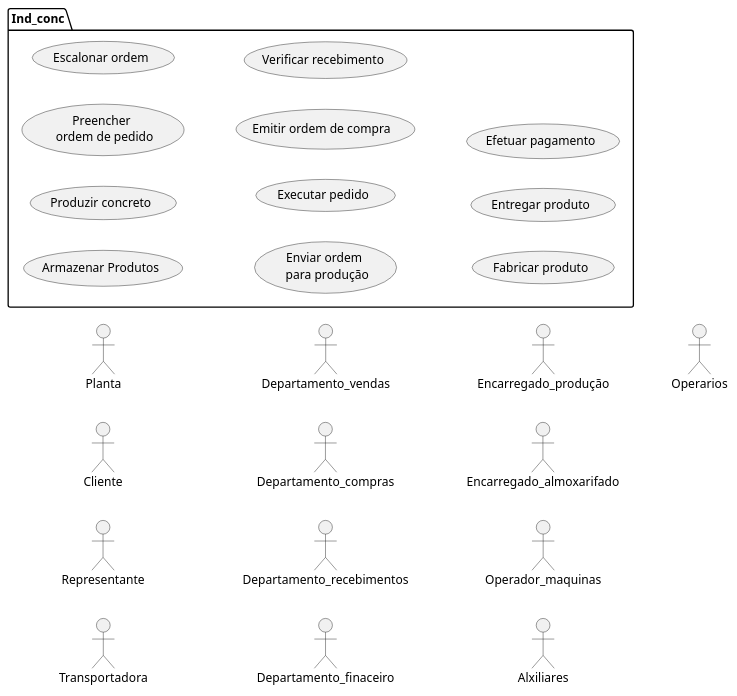
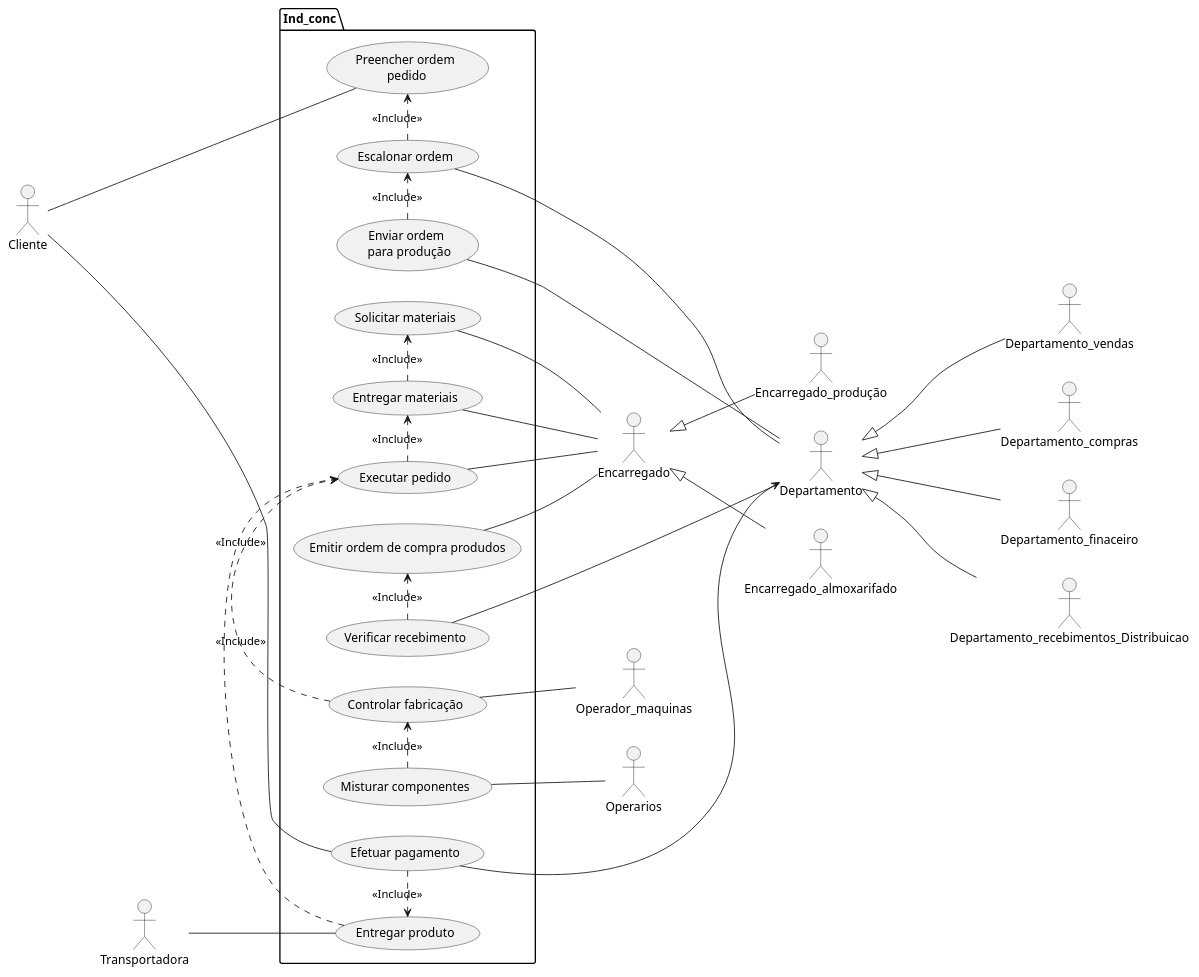
Before and after one commit to willianBinda/engenharia-2: the diagram in projIndConc/src/casos_uso/index.puml, drawn with PlantUML. The commit also changed 1 other file, not shown here.

```diff
--- a/projIndConc/src/casos_uso/index.puml
+++ b/projIndConc/src/casos_uso/index.puml
@@ -1,46 +1,64 @@
 @startuml Inc_conc
 left to right direction
-actor Planta as pl
+
 actor Cliente as Cl
-actor Representante as Re
-actor Transportadora as Tr
+
 actor Departamento_vendas as DpV
 actor Departamento_compras as DpC
-actor Departamento_recebimentos as DpR
 actor Departamento_finaceiro as DpF
+actor Departamento_recebimentos_Distribuicao as DpR 
+' departamento ou setor ?
 actor Encarregado_produção as EnP
 actor Encarregado_almoxarifado as EnA
+
 actor Operador_maquinas as OpM
-actor Alxiliares as Alx
 actor Operarios as Op
+actor Transportadora as Tr
 
 package Ind_conc{
-  usecase "Armazenar Produtos" as UC1
-  usecase "Produzir concreto" as UC2
-  usecase "Preencher \n ordem de pedido" as UC3
-  usecase "Escalonar ordem" as UC4
-  usecase "Enviar ordem \n para produção" as UC5
+  usecase "Preencher ordem\n pedido" as UC1
+  usecase "Escalonar ordem" as UC2
+  usecase "Enviar ordem \n para produção" as UC3
+  usecase "Solicitar materiais" as UC4
+  usecase "Entregar materiais" as UC5
   usecase "Executar pedido" as UC6
-  usecase "Emitir ordem de compra " as UC7
-  usecase "Verificar recebimento" as UC8
-  usecase "Fabricar produto" as UC9
-  usecase "Entregar produto" as UC10
-  usecase "Efetuar pagamento" as UC11
+  usecase "Controlar fabricação" as UC7
+  usecase "Misturar componentes" as UC8
+  usecase "Emitir ordem de compra produdos" as UC9
+  usecase "Verificar recebimento" as UC10
+  usecase "Entregar produto" as UC11
+  usecase "Efetuar pagamento" as UC12
 }
 
-' Funcionario <|-- F
-' Funcionario <|-- SA
-' Funcionario <|-- CH
+Departamento <|-- DpV 
+Departamento <|-- DpC
+Departamento <|-- DpR
+Departamento <|-- DpF
 
-' Funcionario -- UC1
-' UC2 .> UC1 : include
-' Funcionario -- UC2
-' Funcionario <- UC4
-' UC3 .> UC2 : include
-' RH -- UC3
-' UC4 -- RH
-' UC4 .> UC3: include
-' UC5 <- CH
-' UC5 -> SA
+Encarregado <|-- EnP
+Encarregado <|-- EnA
+
+Cl -- UC1
+UC2 -- Departamento
+UC3 -- Departamento
+UC4 -- Encarregado
+UC5 -- Encarregado
+UC6 -- Encarregado
+UC7 -- OpM
+UC8 -- Op
+UC9 -- Encarregado
+UC10 -- Departamento
+Cl --- UC12
+Tr -- UC11
+UC12 ---> Departamento
+UC2 .> UC1 : <<Include>>
+UC3 .> UC2 : <<Include>>
+UC6 .> UC5 : <<Include>>
+UC5 .> UC4 : <<Include>>
+UC7 .> UC6 : <<Include>>
+UC8 .> UC7 : <<Include>>
+UC10 .> UC9 : <<Include>>
+UC11 .> UC6 : <<Include>>
+UC12 .> UC11 : <<Include>>
 
 @enduml
```
